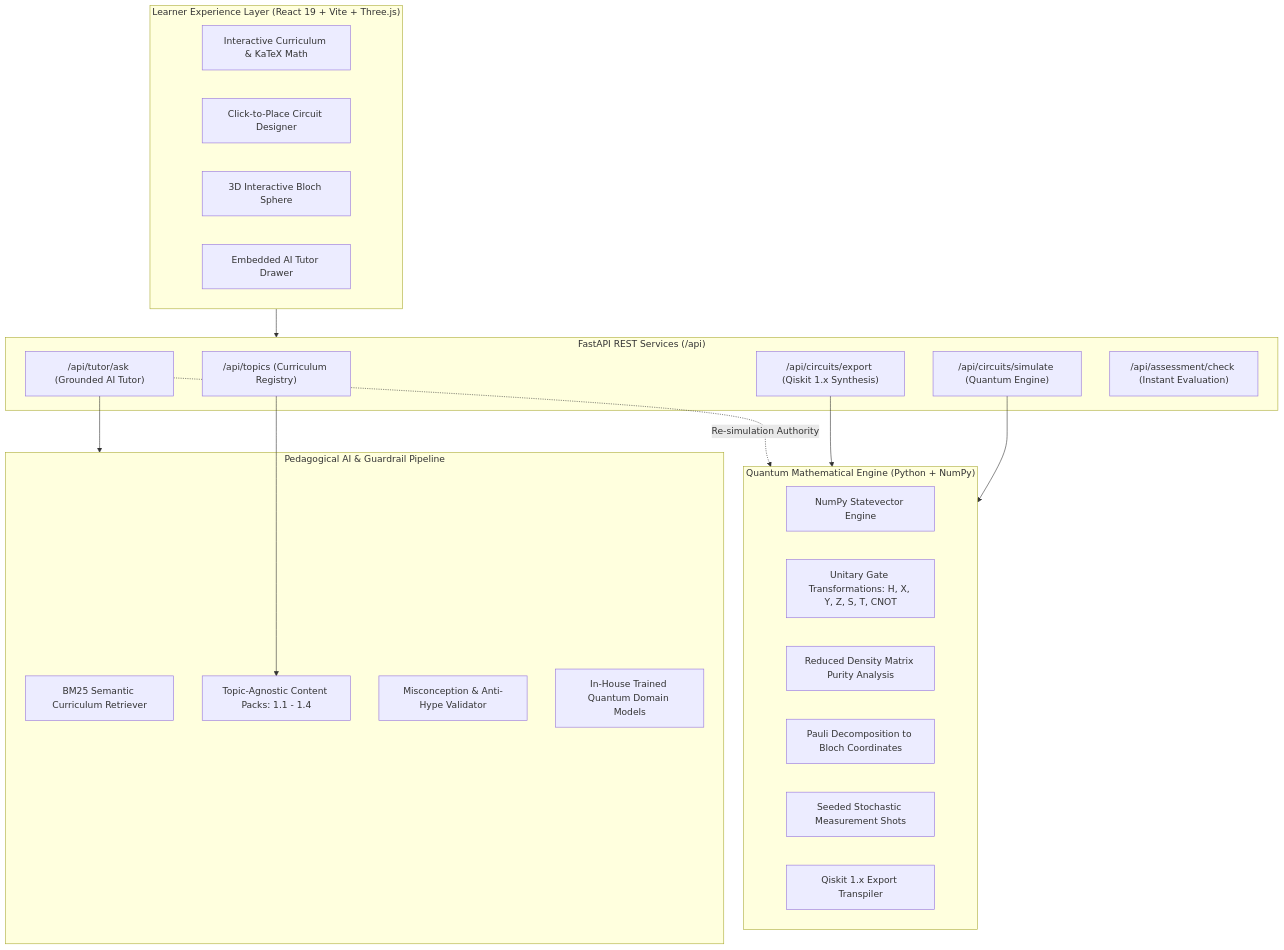
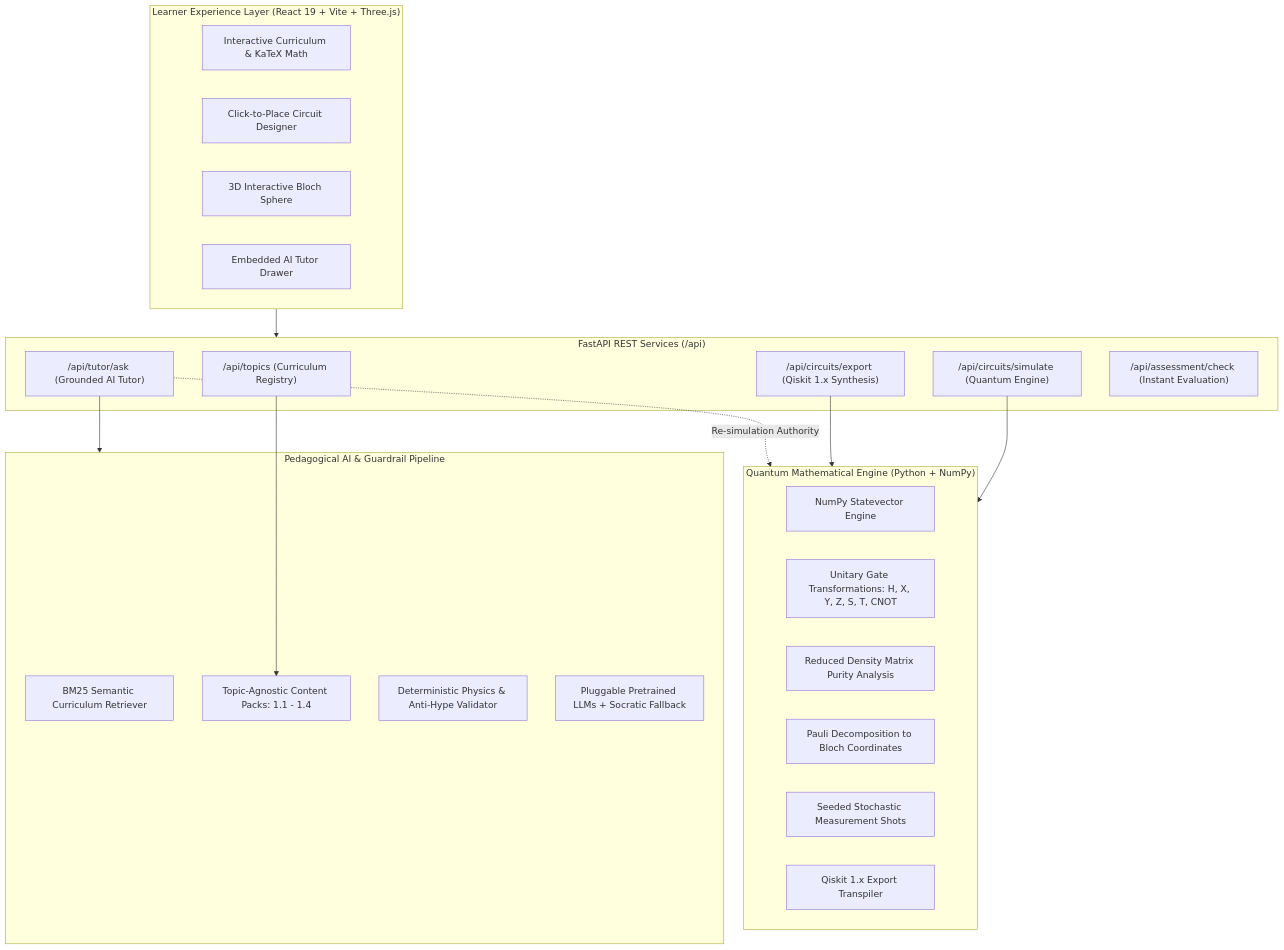
One commit to vtu-qiskit-fall-fest-2026/vtu-hc-quantech changed the diagram in README.md. Above: the diagram before and after it, drawn with Mermaid. The commit also changed other lines of this file and 64 other files, not shown here.

Commit message:
feat: complete QuantumLearnAI classifier integration, physics validator, Socratic dataset remediation, and audit suite

````diff
--- a/README.md
+++ b/README.md
@@ -86,40 +86,40 @@
 ```mermaid
 flowchart TD
     subgraph UI ["Learner Experience Layer (React 19 + Vite + Three.js)"]
         A1[Interactive Curriculum & KaTeX Math]
         A2[Click-to-Place Circuit Designer]
         A3[3D Interactive Bloch Sphere]
         A4[Embedded AI Tutor Drawer]
     end
 
     subgraph API ["FastAPI REST Services (/api)"]
         B1["/api/topics (Curriculum Registry)"]
         B2["/api/circuits/simulate (Quantum Engine)"]
         B3["/api/circuits/export (Qiskit 1.x Synthesis)"]
         B4["/api/tutor/ask (Grounded AI Tutor)"]
         B5["/api/assessment/check (Instant Evaluation)"]
     end
 
     subgraph QuantumCore ["Quantum Mathematical Engine (Python + NumPy)"]
         C1[NumPy Statevector Engine]
         C2[Unitary Gate Transformations: H, X, Y, Z, S, T, CNOT]
         C3[Reduced Density Matrix Purity Analysis]
         C4[Pauli Decomposition to Bloch Coordinates]
         C5[Seeded Stochastic Measurement Shots]
         C6[Qiskit 1.x Export Transpiler]
     end
 
     subgraph AIEngine ["Pedagogical AI & Guardrail Pipeline"]
         D1[BM25 Semantic Curriculum Retriever]
         D2[Topic-Agnostic Content Packs: 1.1 - 1.4]
-        D3[Misconception & Anti-Hype Validator]
-        D4[In-House Trained Quantum Domain Models]
+        D3[Deterministic Physics & Anti-Hype Validator]
+        D4[Pluggable Pretrained LLMs + Socratic Fallback]
     end
 
     UI --> API
     B2 --> QuantumCore
     B3 --> QuantumCore
     B4 --> AIEngine
     B4 -. Re-simulation Authority .-> QuantumCore
     B1 --> D2
 ```
````
